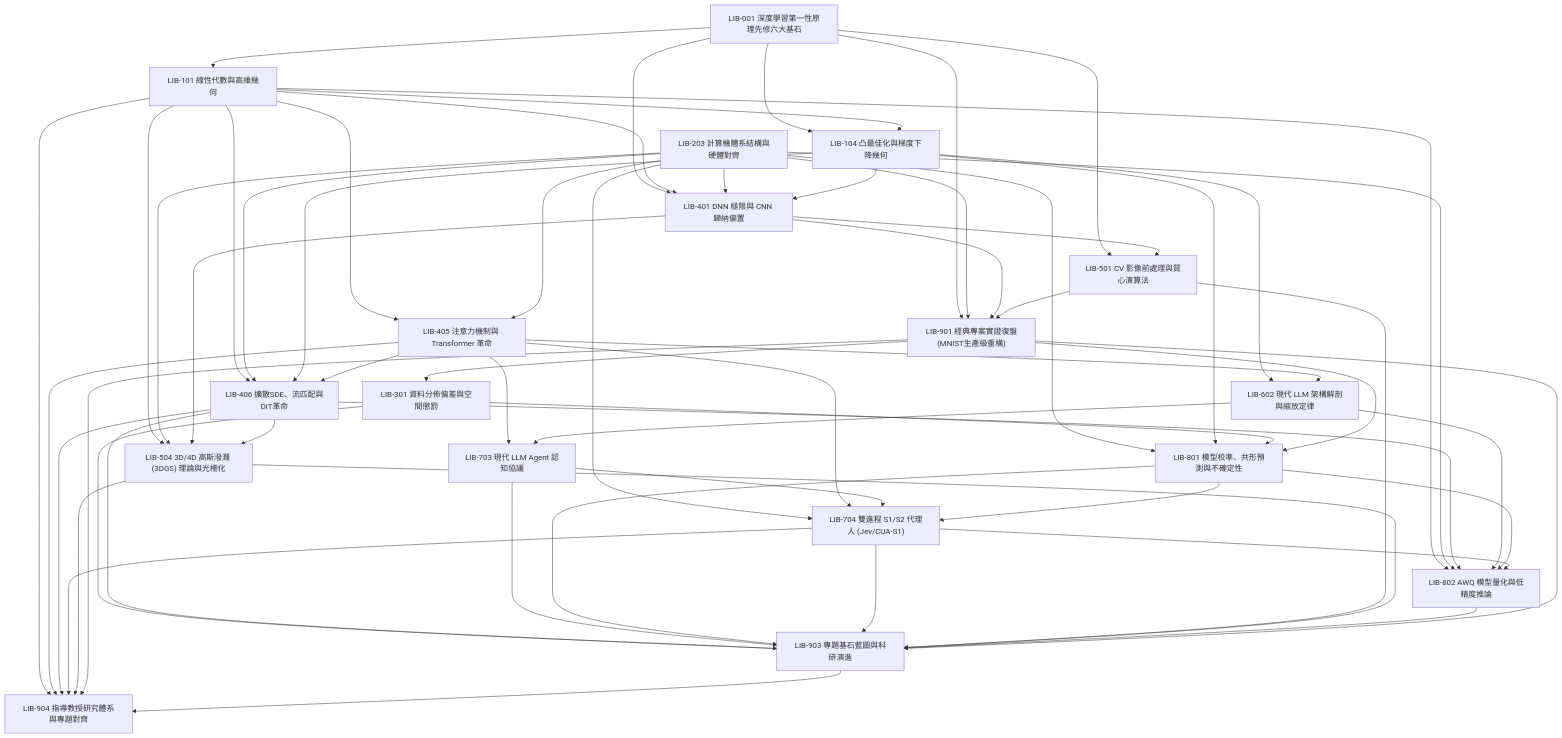
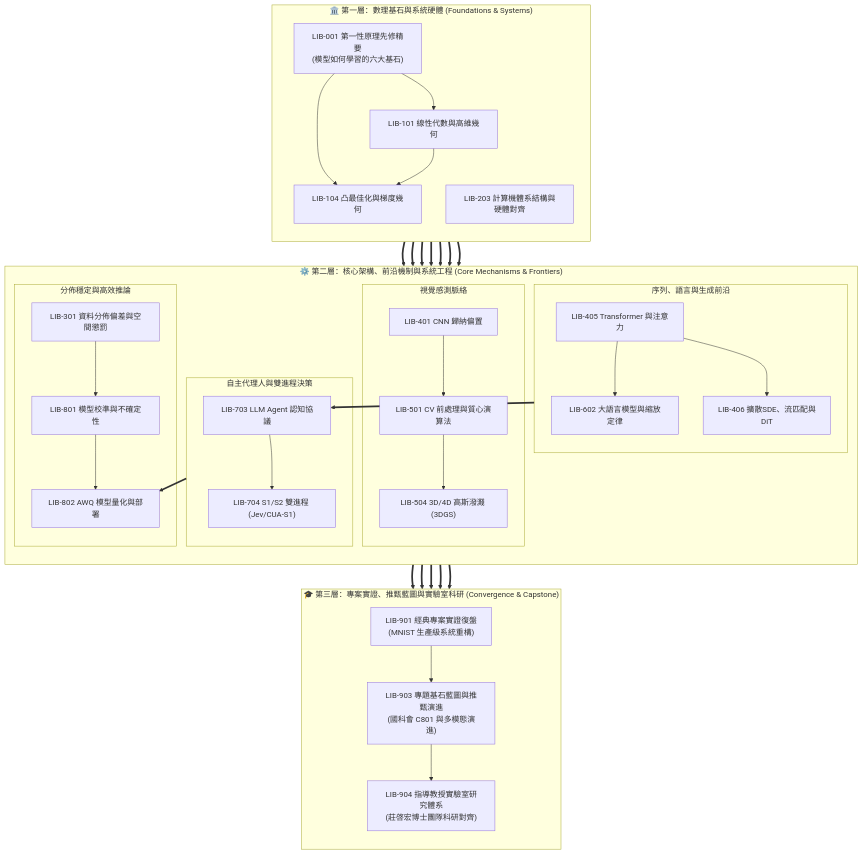
One commit to OPluke11-abula/library changed the diagram in 00_總覽與拓樸導覽/LIB-000 圖書館總覽與拓樸導覽系統 (Grand Library Index & Navigator).md. Above: the diagram before and after it, drawn with Mermaid. The commit also changed 9 other files, not shown here.

Commit message:
feat: overhaul obsidian vault config, eliminate AI-slop graphics, refactor DAG topology, and establish solo author

````diff
--- a/00_總覽與拓樸導覽/LIB-000 圖書館總覽與拓樸導覽系統 (Grand Library Index & Navigator).md
+++ b/00_總覽與拓樸導覽/LIB-000 圖書館總覽與拓樸導覽系統 (Grand Library Index & Navigator).md
@@ -77,92 +77,76 @@
 ```mermaid
 flowchart TD
-    LIB001["LIB-001 深度學習第一性原理先修六大基石"]
-    LIB101["LIB-101 線性代數與高維幾何"]
-    LIB104["LIB-104 凸最佳化與梯度下降幾何"]
-    LIB203["LIB-203 計算機體系結構與硬體對齊"]
-    LIB301["LIB-301 資料分佈偏差與空間懲罰"]
-    LIB401["LIB-401 DNN 極限與 CNN 歸納偏置"]
-    LIB405["LIB-405 注意力機制與 Transformer 革命"]
-    LIB406["LIB-406 擴散SDE、流匹配與DiT革命"]
-    LIB501["LIB-501 CV 影像前處理與質心演算法"]
-    LIB504["LIB-504 3D/4D 高斯潑濺 (3DGS) 理論與光柵化"]
-    LIB602["LIB-602 現代 LLM 架構解剖與縮放定律"]
-    LIB703["LIB-703 現代 LLM Agent 認知協議"]
-    LIB704["LIB-704 雙進程 S1/S2 代理人 (Jev/CUA-S1)"]
-    LIB801["LIB-801 模型校準、共形預測與不確定性"]
-    LIB802["LIB-802 AWQ 模型量化與低精度推論"]
-    LIB901["LIB-901 經典專案實證復盤(MNIST生產級重構)"]
-    LIB903["LIB-903 專題基石藍圖與科研演進"]
-    LIB904["LIB-904 指導教授研究體系與專題對齊"]
+    %% 全館三大分層宏偉知識有向無環圖 (3-Tier Grand Architecture)
 
-    LIB001 --> LIB101
-    LIB001 --> LIB104
-    LIB001 --> LIB401
-    LIB001 --> LIB501
-    LIB001 --> LIB901
+    subgraph Tier1["🏛️ 第一層：數理基石與系統硬體 (Foundations & Systems)"]
+        direction TB
+        LIB001["LIB-001 第一性原理先修精要<br/>(模型如何學習的六大基石)"]
+        LIB101["LIB-101 線性代數與高維幾何"]
+        LIB104["LIB-104 凸最佳化與梯度幾何"]
+        LIB203["LIB-203 計算機體系結構與硬體對齊"]
 
-    LIB101 --> LIB104
-    LIB101 --> LIB401
-    LIB101 --> LIB405
-    LIB101 --> LIB406
-    LIB101 --> LIB504
-    LIB101 --> LIB802
-    LIB101 --> LIB904
-    
-    LIB203 --> LIB401
-    LIB203 --> LIB405
-    LIB203 --> LIB406
-    LIB203 --> LIB504
-    LIB203 --> LIB704
-    LIB203 --> LIB801
-    LIB203 --> LIB802
-    LIB203 --> LIB901
+        LIB001 --> LIB101
+        LIB001 --> LIB104
+        LIB101 --> LIB104
+    end
 
-    LIB104 --> LIB401
-    LIB104 --> LIB406
-    LIB104 --> LIB602
-    LIB104 --> LIB801
+    subgraph Tier2["⚙️ 第二層：核心架構、前沿機制與系統工程 (Core Mechanisms & Frontiers)"]
+        direction TB
+        subgraph VisualAxis["視覺感測脈絡"]
+            LIB401["LIB-401 CNN 歸納偏置"]
+            LIB501["LIB-501 CV 前處理與質心演算法"]
+            LIB504["LIB-504 3D/4D 高斯潑濺 (3DGS)"]
+            LIB401 --> LIB501
+            LIB501 --> LIB504
+        end
 
-    LIB301 --> LIB801
-    LIB301 --> LIB903
+        subgraph SequenceAxis["序列、語言與生成前沿"]
+            LIB405["LIB-405 Transformer 與注意力"]
+            LIB406["LIB-406 擴散SDE、流匹配與DiT"]
+            LIB602["LIB-602 大語言模型與縮放定律"]
+            LIB405 --> LIB406
+            LIB405 --> LIB602
+        end
 
-    LIB401 --> LIB501
-    LIB401 --> LIB504
-    LIB401 --> LIB901
+        subgraph AgentAxis["自主代理人與雙進程決策"]
+            LIB703["LIB-703 LLM Agent 認知協議"]
+            LIB704["LIB-704 S1/S2 雙進程 (Jev/CUA-S1)"]
+            LIB703 --> LIB704
+        end
 
-    LIB405 --> LIB406
-    LIB405 --> LIB602
-    LIB405 --> LIB703
-    LIB405 --> LIB704
-    LIB405 --> LIB904
+        subgraph SystemAxis["分佈穩定與高效推論"]
+            LIB301["LIB-301 資料分佈偏差與空間懲罰"]
+            LIB801["LIB-801 模型校準與不確定性"]
+            LIB802["LIB-802 AWQ 模型量化與部署"]
+            LIB301 --> LIB801
+            LIB801 --> LIB802
+        end
+    end
 
-    LIB406 --> LIB504
-    LIB406 --> LIB802
-    LIB406 --> LIB903
-    LIB406 --> LIB904
+    subgraph Tier3["🎓 第三層：專案實證、推甄藍圖與實驗室科研 (Convergence & Capstone)"]
+        direction TB
+        LIB901["LIB-901 經典專案實證復盤<br/>(MNIST 生產級系統重構)"]
+        LIB903["LIB-903 專題基石藍圖與推甄演進<br/>(國科會 C801 與多模態演進)"]
+        LIB904["LIB-904 指導教授實驗室研究體系<br/>(莊啓宏博士團隊科研對齊)"]
 
-    LIB602 --> LIB703
-    LIB602 --> LIB802
+        LIB901 --> LIB903
+        LIB903 --> LIB904
+    end
 
-    LIB703 --> LIB704
-    LIB703 --> LIB903
+    %% 主幹跨層依賴鏈接 (Primary Cross-Tier Dependencies)
+    LIB101 ==> LIB401
+    LIB101 ==> LIB405
+    LIB203 ==> LIB401
+    LIB203 ==> LIB405
+    LIB203 ==> LIB802
+    LIB104 ==> LIB602
+    LIB104 ==> LIB406
 
-    LIB801 --> LIB704
-    LIB801 --> LIB802
-    LIB801 --> LIB903
-
-    LIB704 --> LIB802
-    LIB704 --> LIB903
-    LIB704 --> LIB904
-
-    LIB501 --> LIB901
-    LIB501 --> LIB903
-    LIB504 --> LIB903
-    LIB504 --> LIB904
-    LIB802 --> LIB903
-    LIB901 --> LIB301
-    LIB901 --> LIB801
-    LIB901 --> LIB903
-    LIB901 --> LIB904
-    LIB903 --> LIB904
+    VisualAxis ==> LIB901
+    VisualAxis ==> LIB904
+    SequenceAxis ==> LIB703
+    SequenceAxis ==> LIB904
+    AgentAxis ==> LIB802
+    SystemAxis ==> LIB901
+    SystemAxis ==> LIB903
 ```
````
